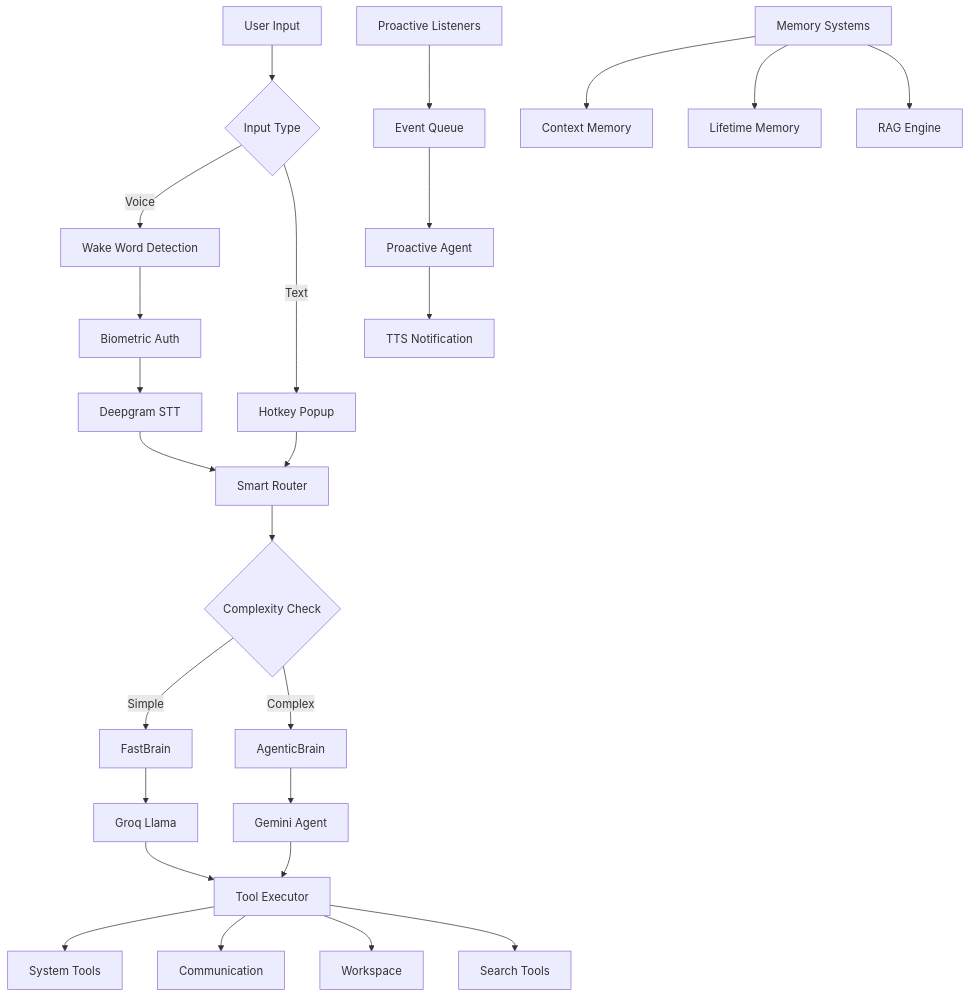
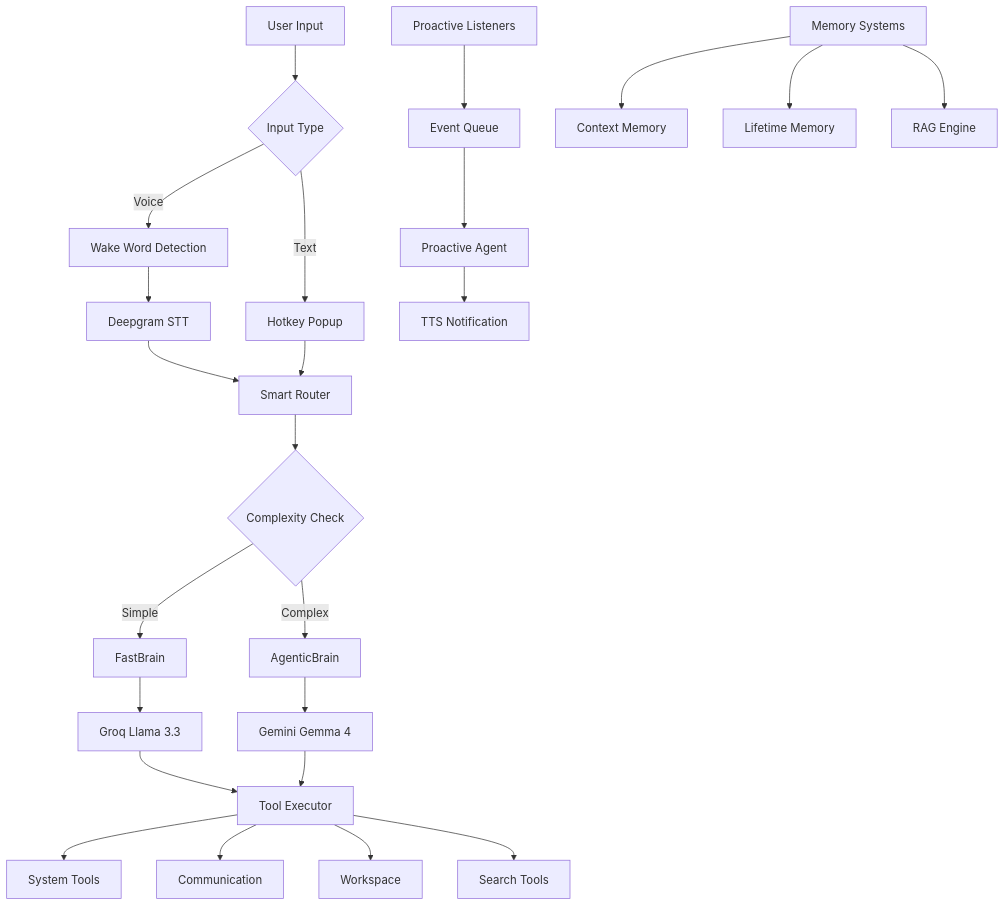
Before and after one commit to thekaifansari01/Jarvis-OS-Agent: the diagram in README.md, drawn with Mermaid. The commit also changed other lines of this file and 46 other files, not shown here.

Commit message:
feat(agent): major upgrade to autonomous agentic loop, dynamic timeouts, and openWakeWord integration

````diff
--- a/README.md
+++ b/README.md
@@ -103,33 +95,32 @@
 ```mermaid
 graph TD
     A[User Input] --> B{Input Type}
     B -->|Voice| C[Wake Word Detection]
     B -->|Text| D[Hotkey Popup]
-    C --> E[Biometric Auth]
-    E --> F[Deepgram STT]
-    F --> G[Smart Router]
-    D --> G
+    C --> E[Deepgram STT]
+    E --> F[Smart Router]
+    D --> F
 
-    G --> H{Complexity Check}
-    H -->|Simple| I[FastBrain]
-    H -->|Complex| J[AgenticBrain]
+    F --> G{Complexity Check}
+    G -->|Simple| H[FastBrain]
+    G -->|Complex| I[AgenticBrain]
 
-    I --> K[Groq Llama]
-    J --> L[Gemini Agent]
+    H --> J[Groq Llama 3.3]
+    I --> K[Gemini Gemma 4]
 
-    K --> M[Tool Executor]
-    L --> M
+    J --> L[Tool Executor]
+    K --> L
 
-    M --> N[System Tools]
-    M --> O[Communication]
-    M --> P[Workspace]
-    M --> Q[Search Tools]
+    L --> M[System Tools]
+    L --> N[Communication]
+    L --> O[Workspace]
+    L --> P[Search Tools]
 
-    R[Proactive Listeners] --> S[Event Queue]
-    S --> T[Proactive Agent]
-    T --> U[TTS Notification]
+    Q[Proactive Listeners] --> R[Event Queue]
+    R --> S[Proactive Agent]
+    S --> T[TTS Notification]
 
-    V[Memory Systems] --> W[Context Memory]
-    V --> X[Lifetime Memory]
-    V --> Y[RAG Engine]
+    U[Memory Systems] --> V[Context Memory]
+    U --> W[Lifetime Memory]
+    U --> X[RAG Engine]
 ```
````
